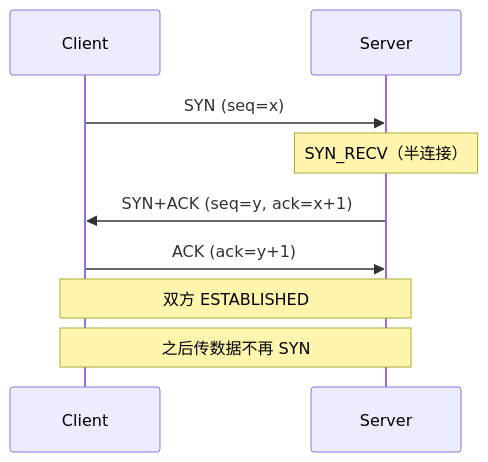
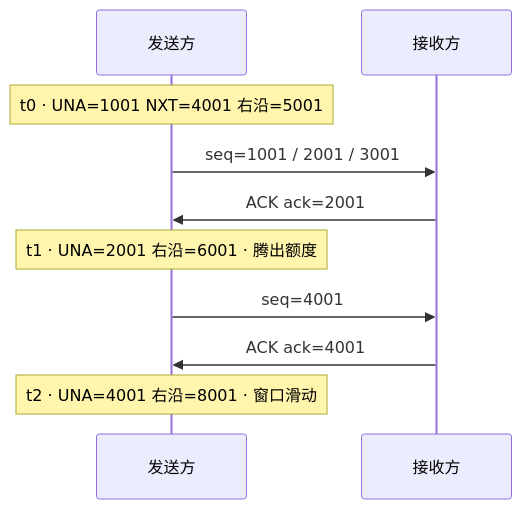
The eighth of 17 diagrams in 01-基础底座/13-TCP与UDP/知识点.md (ml-cuizijun/LearnToLilith), drawn with Mermaid before and after one commit. The commit also changed other lines of this file and 470 other files, not shown here.

````diff
--- a/01-基础底座/13-TCP与UDP/知识点.md
+++ b/01-基础底座/13-TCP与UDP/知识点.md
@@ -299,11 +300,12 @@
 ```mermaid
 sequenceDiagram
-    participant C as Client
-    participant S as Server
-    C->>S: SYN (seq=x)
-    Note over S: SYN_RECV（半连接）
-    S->>C: SYN+ACK (seq=y, ack=x+1)
-    C->>S: ACK (ack=y+1)
-    Note over C,S: 双方 ESTABLISHED
-    Note over C,S: 之后传数据不再 SYN
+    participant S as 发送方
+    participant R as 接收方
+    Note over S: t0 · UNA=1001 NXT=4001 右沿=5001
+    S->>R: seq=1001 / 2001 / 3001
+    R->>S: ACK ack=2001
+    Note over S: t1 · UNA=2001 右沿=6001 · 腾出额度
+    S->>R: seq=4001
+    R->>S: ACK ack=4001
+    Note over S: t2 · UNA=4001 右沿=8001 · 窗口滑动
 ```
````
